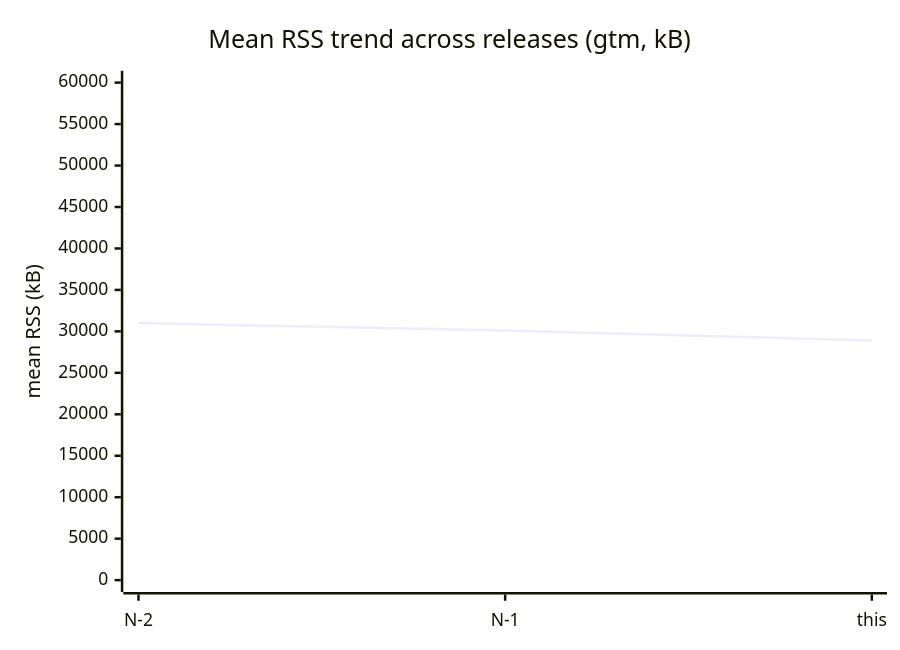
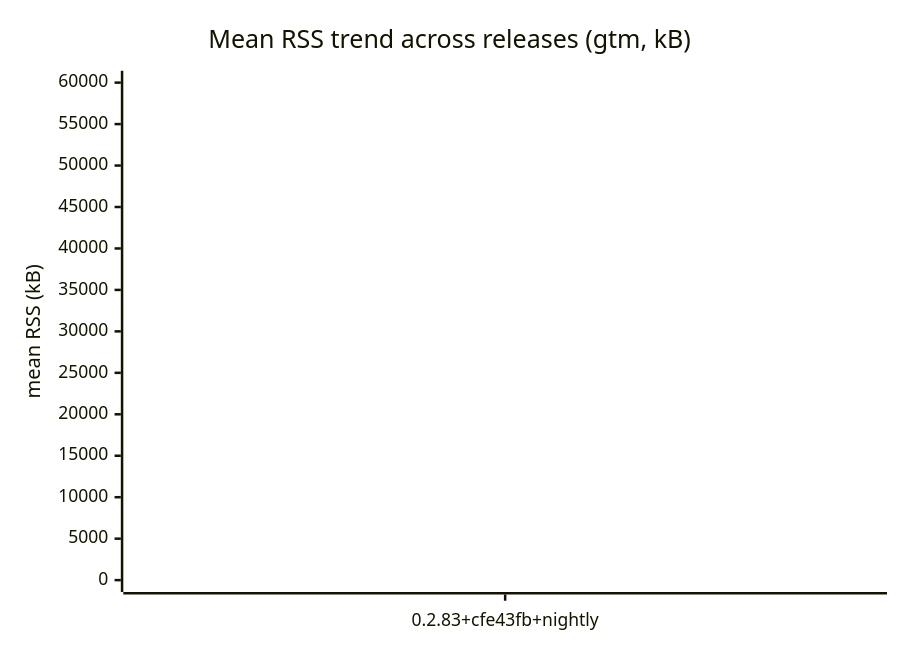
One commit to prjctimg/gtm.rs changed the second of 2 diagrams in BENCHMARK.md. Above: the diagram before and after it, drawn with Mermaid. The commit also changed other lines of this file and 2 other files, not shown here.

Commit message:
bench: results for 0.2.83+cfe43fb+nightly [skip nightly]

````diff
--- a/BENCHMARK.md
+++ b/BENCHMARK.md
@@ -73,7 +37,7 @@
 ```mermaid
 xychart-beta
   title "Mean RSS trend across releases (gtm, kB)"
-  x-axis ["N-2", "N-1", "this"]
+  x-axis [0.2.83+cfe43fb+nightly]
   y-axis "mean RSS (kB)" 0 --> 60000
-  line [31000, 30100, 28900]
+  line [19449]
 ```
````
